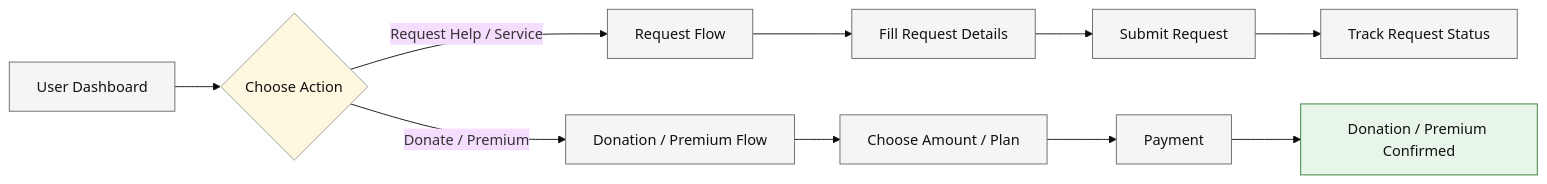
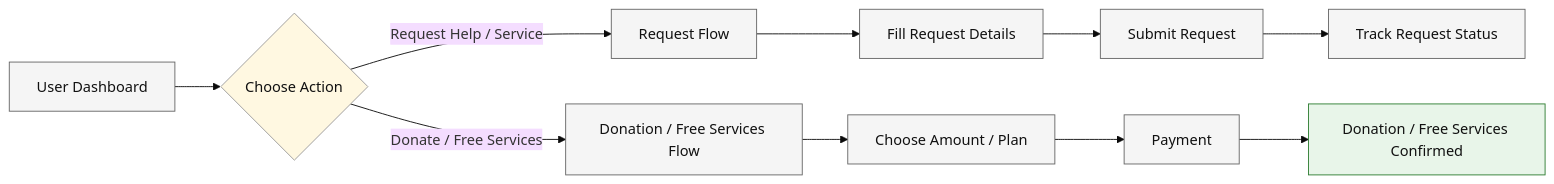
The fourth of 6 diagrams in docs/Project_UML diagram/USER_FLOW_DIAGRAM.md (CapstoneDesign-Spring2026-UlsanCollege/Free_Sewaa), drawn with Mermaid (base theme) before and after one commit. The commit also changed other lines of this file and 67 other files, not shown here.

````diff
--- a/docs/Project_UML diagram/USER_FLOW_DIAGRAM.md
+++ b/docs/Project_UML diagram/USER_FLOW_DIAGRAM.md
@@ -113,23 +113,23 @@
 ```mermaid
 flowchart LR
     Dashboard[User Dashboard] --> Action{Choose Action}
 
     Action -->|Request Help / Service| RequestFlow[Request Flow]
-    Action -->|Donate / Premium| DonateFlow[Donation / Premium Flow]
+    Action -->|Donate / Free Services| DonateFlow[Donation / Free Services Flow]
 
     RequestFlow --> RequestForm[Fill Request Details]
     RequestForm --> SubmitRequest[Submit Request]
     SubmitRequest --> TrackRequest[Track Request Status]
 
     DonateFlow --> ChoosePlan[Choose Amount / Plan]
     ChoosePlan --> Payment[Payment]
-    Payment --> DonateSuccess[Donation / Premium Confirmed]
+    Payment --> DonateSuccess[Donation / Free Services Confirmed]
 
     classDef process fill:#f5f5f5,stroke:#666,color:#111;
     classDef decision fill:#fff8e1,stroke:#999,color:#111;
     classDef result fill:#e8f5e9,stroke:#2e7d32,color:#111;
 
     class Dashboard,RequestFlow,DonateFlow,RequestForm,SubmitRequest,TrackRequest,ChoosePlan,Payment process;
     class Action decision;
     class DonateSuccess result;
 ```
````
